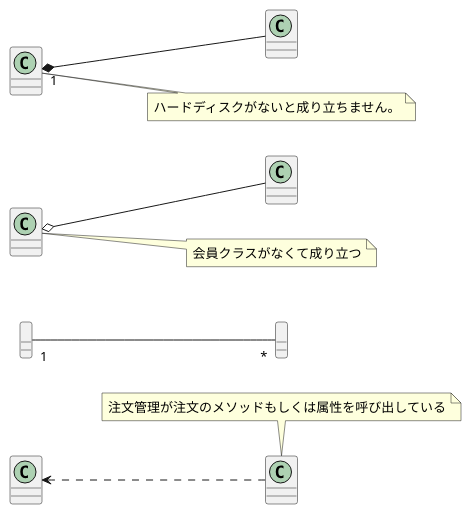
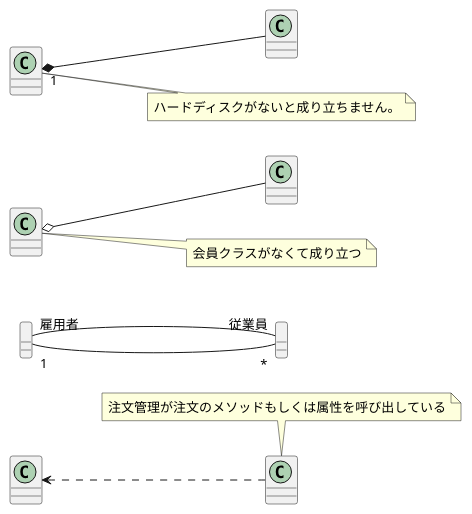
The diagram in 図3-3関連.pu (nishiyu0919/uml-introduction), drawn with PlantUML before and after one commit. The commit also changed 3 other files, not shown here.

```diff
--- a/図3-3関連.pu
+++ b/図3-3関連.pu
@@ -1,25 +1,26 @@
 @startuml 関連
 left to right direction
 skinparam ClassAttributeFontSize 0
 class 会社{}
 class 社員{}
 会社"1"--"*" 社員
+会社"雇用者"--"従業員" 社員
 会員リスト o-- 会員
 
 note right of 会員リスト
 会員クラスがなくて成り立つ
 end note
 
 パソコン"1" *-- ハードディスク
 note right of パソコン
 ハードディスクがないと成り立ちません。
 end note
 
 注文<.. 注文管理
 note top of 注文管理
 注文管理が注文のメソッドもしくは属性を呼び出している
 end note
 
 hide 会社 circle
 hide 社員 circle
 @enduml 
```
